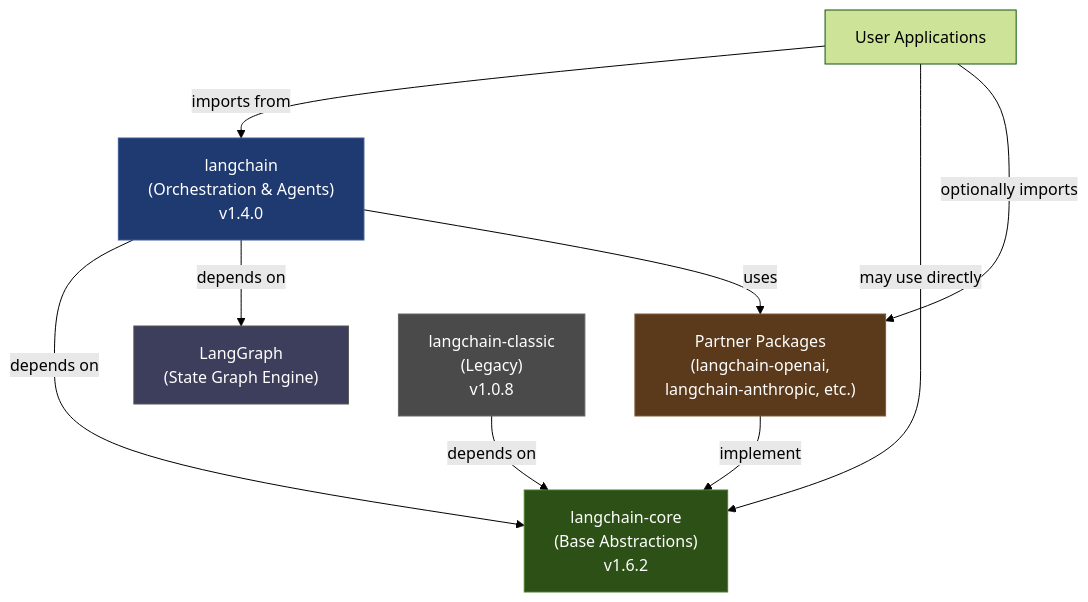
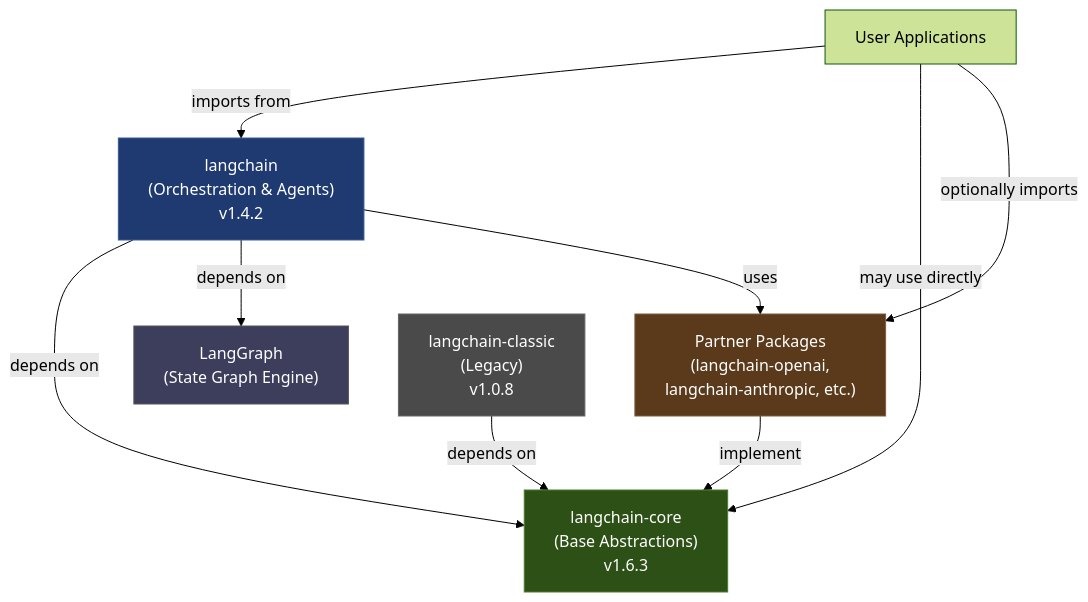
Before and after one commit to Rehman-AD/ai-langchain-core: the first of 4 diagrams in openwiki/architecture.md, drawn with Mermaid (forest theme). The commit also changed other lines of this file and 48 other files, not shown here.

````diff
--- a/openwiki/architecture.md
+++ b/openwiki/architecture.md
@@ -59,25 +59,25 @@
 ```mermaid
 graph TB
     User["User Applications"]
     
-    User -->|imports from| LangChain["langchain<br/>(Orchestration & Agents)<br/>v1.4.0"]
-    User -->|may use directly| Core["langchain-core<br/>(Base Abstractions)<br/>v1.6.2"]
+    User -->|imports from| LangChain["langchain<br/>(Orchestration & Agents)<br/>v1.4.2"]
+    User -->|may use directly| Core["langchain-core<br/>(Base Abstractions)<br/>v1.6.3"]
     
     LangChain -->|depends on| Core
     LangChain -->|depends on| LangGraph["LangGraph<br/>(State Graph Engine)"]
     
     Partners["Partner Packages<br/>(langchain-openai,<br/>langchain-anthropic, etc.)"]
     Partners -->|implement| Core
     
     User -->|optionally imports| Partners
     LangChain -->|uses| Partners
     
     Classic["langchain-classic<br/>(Legacy)<br/>v1.0.8"]
     Classic -->|depends on| Core
     
     style Core fill:#2d5016,stroke:#4a7c2c,color:#fff
     style LangChain fill:#1f3a70,stroke:#3d5a96,color:#fff
     style Partners fill:#5a3a1a,stroke:#7d5c3c,color:#fff
     style Classic fill:#4a4a4a,stroke:#666,color:#fff
     style LangGraph fill:#3d3d5c,stroke:#555,color:#fff
 ```
````
